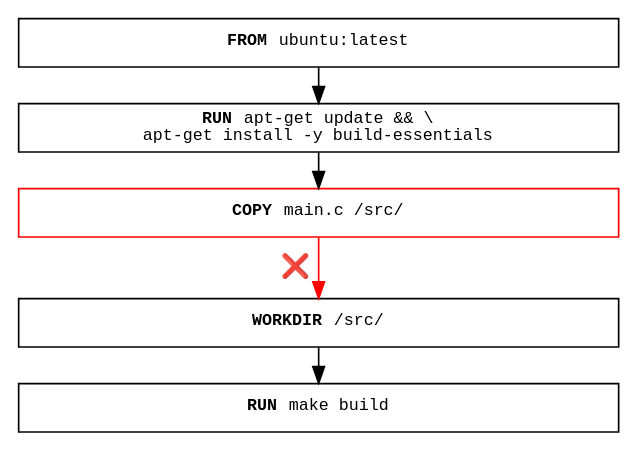
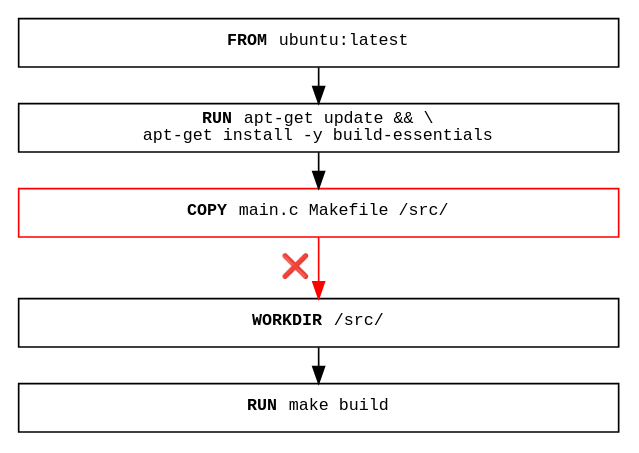
The diagram in build/images/cache-stack-invalidate-copy.dot (khs1994-website/docker-docs.us-en), drawn with Graphviz before and after one commit. The commit also changed 32 other files, not shown here.

```diff
--- a/build/images/cache-stack-invalidate-copy.dot
+++ b/build/images/cache-stack-invalidate-copy.dot
@@ -1,19 +1,19 @@
 // dot -Tsvg ./cache-invalidate-copy.dot > ./cache-invalidate-copy.svg
 digraph {
   rankdir="LR";
   nodesep=0.3;
   edge[minlen=0];
   bgcolor="#00000000";
   node [ shape=rect, width=5, height=0.4, fontname=monospace, fontsize=10 ];
 
   from [ label = <<B>FROM </B>ubuntu:latest> ];
   deps [ label = <<B>RUN </B>apt-get update &amp;&amp; \\<br/>apt-get install -y build-essentials> ];
-  copy [ label = <<B>COPY </B>main.c /src/>, color = "red" ];
+  copy [ label = <<B>COPY </B>main.c Makefile /src/>, color = "red" ];
   workdir [ label = <<B>WORKDIR </B>/src/> ];
   build [ label = <<B>RUN </B>make build> ];
   
   from -> deps;
   deps -> copy;
   copy -> workdir [ color = "red", label = " ❌  " ];
   workdir -> build;
 }
```
